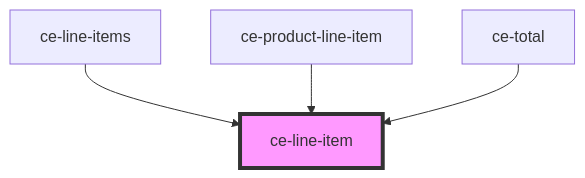
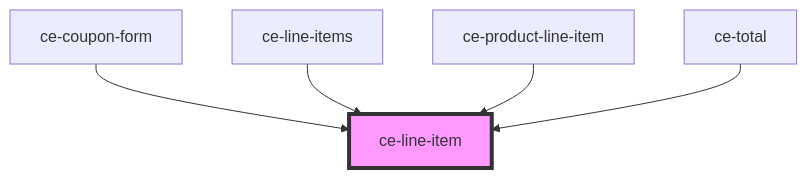
The diagram in packages/components/src/components/ui/line-item/readme.md (surecart/surecart-wp-plugin), drawn with Mermaid before and after one commit. The commit also changed other lines of this file and 66 other files, not shown here.

````diff
--- a/packages/components/src/components/ui/line-item/readme.md
+++ b/packages/components/src/components/ui/line-item/readme.md
@@ -47,7 +48,8 @@
 ```mermaid
 graph TD;
+  ce-coupon-form --> ce-line-item
   ce-line-items --> ce-line-item
   ce-product-line-item --> ce-line-item
   ce-total --> ce-line-item
   style ce-line-item fill:#f9f,stroke:#333,stroke-width:4px
 ```
````
